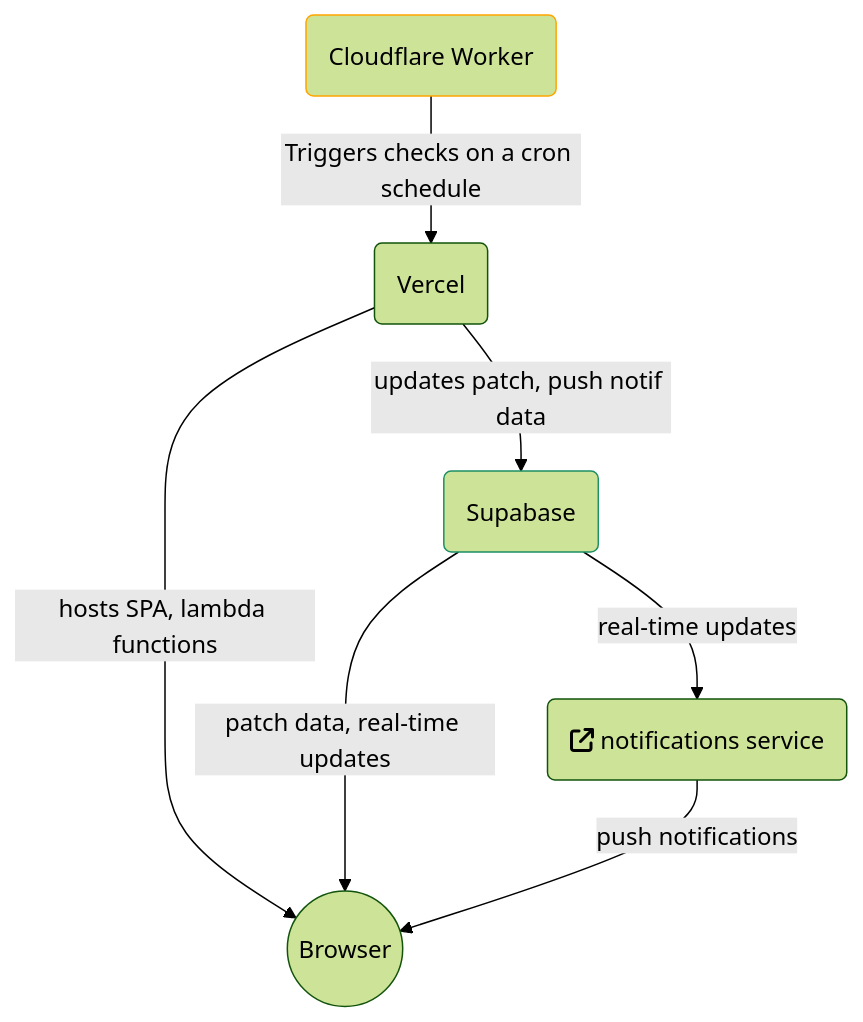
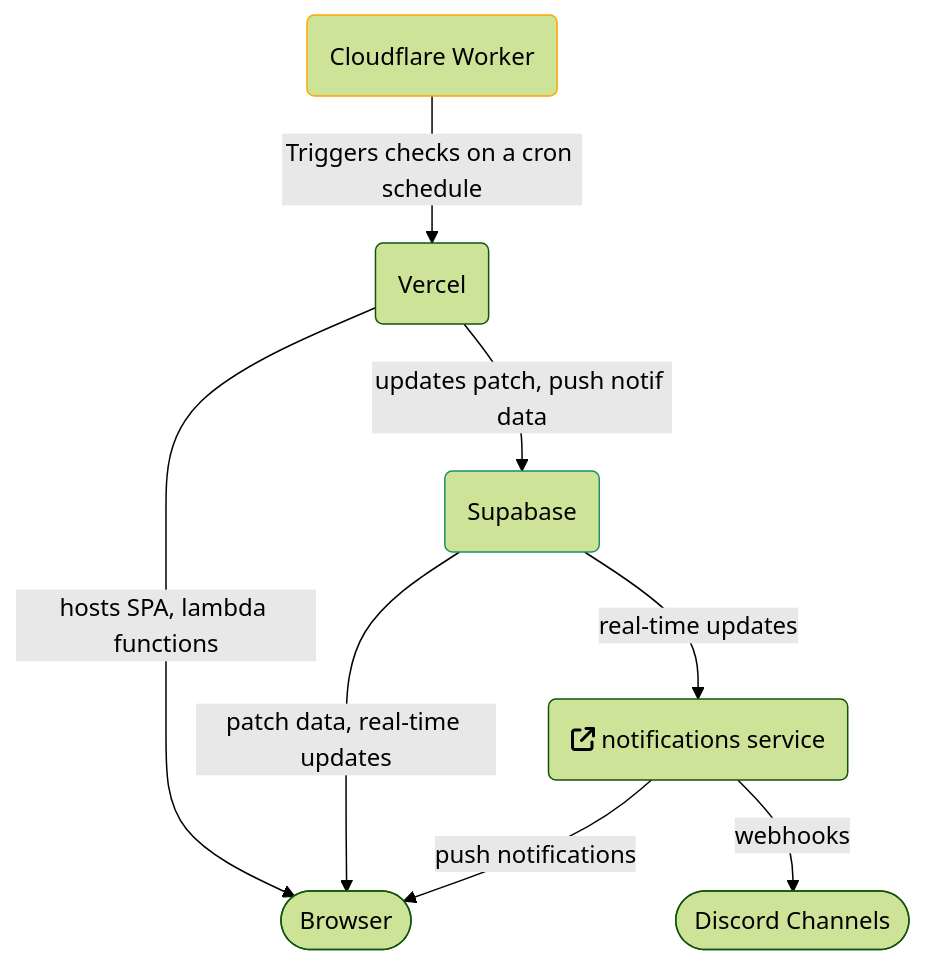
The diagram in README.md (beeequeue/isthepatchout), drawn with Mermaid (forest theme) before and after one commit.

Commit message:
update arch diagram

````diff
--- a/README.md
+++ b/README.md
@@ -7,13 +7,22 @@
 ```mermaid
 graph TD
-worker(Cloudflare Worker) -- Triggers checks on a cron schedule --> vercel(Vercel)
-supa(Supabase) -- patch data, real-time updates --> client((Browser))
-vercel -- hosts SPA, lambda functions --> client
+worker(Cloudflare Worker)
+vercel(Vercel)
+supa(Supabase)
+browser([Browser])
+notif(fa:fa-arrow-up-right-from-square notifications service)
+discord([Discord Channels])
+
+worker -- Triggers checks on a cron schedule --> vercel
+supa -- patch data, real-time updates --> browser
+vercel -- hosts SPA, lambda functions --> browser
 vercel -- updates patch, push notif data --> supa
-supa-- real-time updates -->notif(fa:fa-arrow-up-right-from-square notifications service)-- push notifications -->client
+supa -- real-time updates --> notif
+notif -- push notifications --> browser
+notif -- webhooks --> discord
 
 click notif href "https://github.com/isthepatchout/notifications" "Repo"
 
 style supa stroke:#1d9065
 style worker stroke:orange
 ```
````
